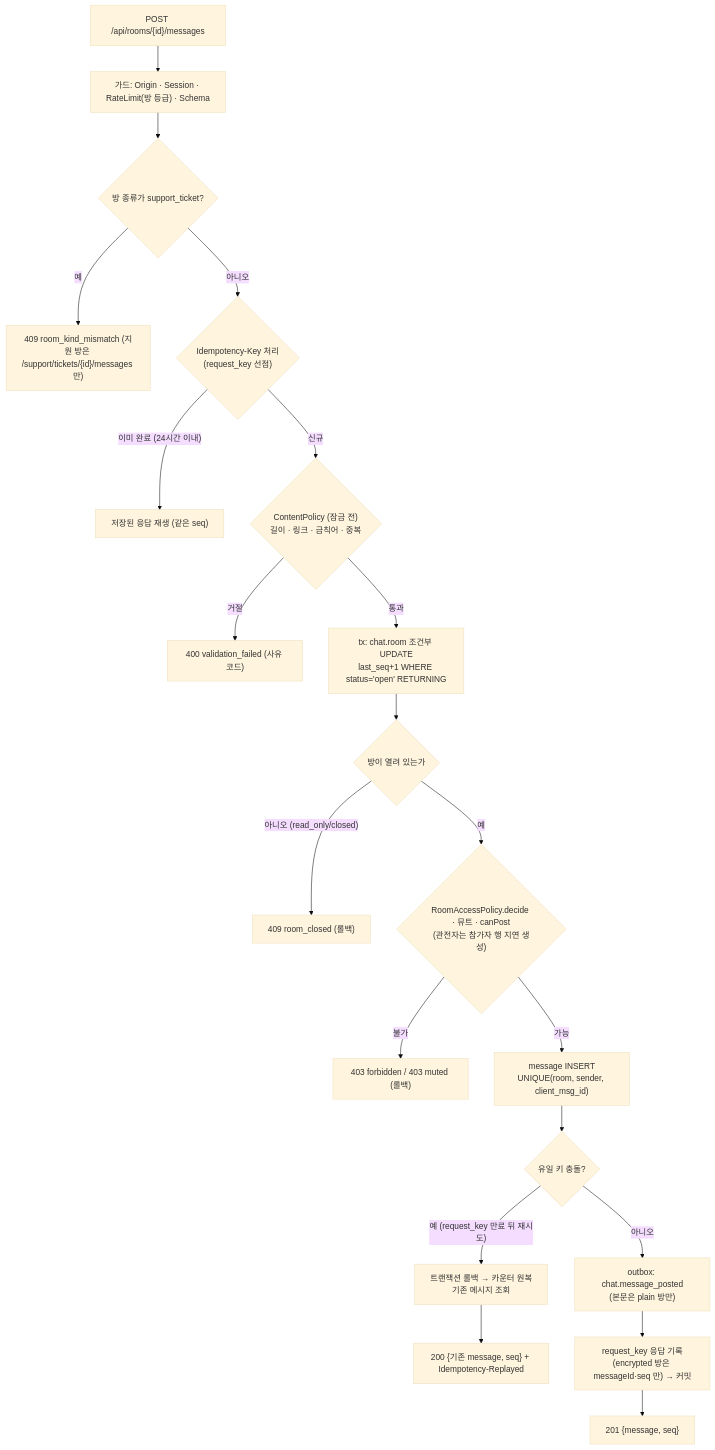
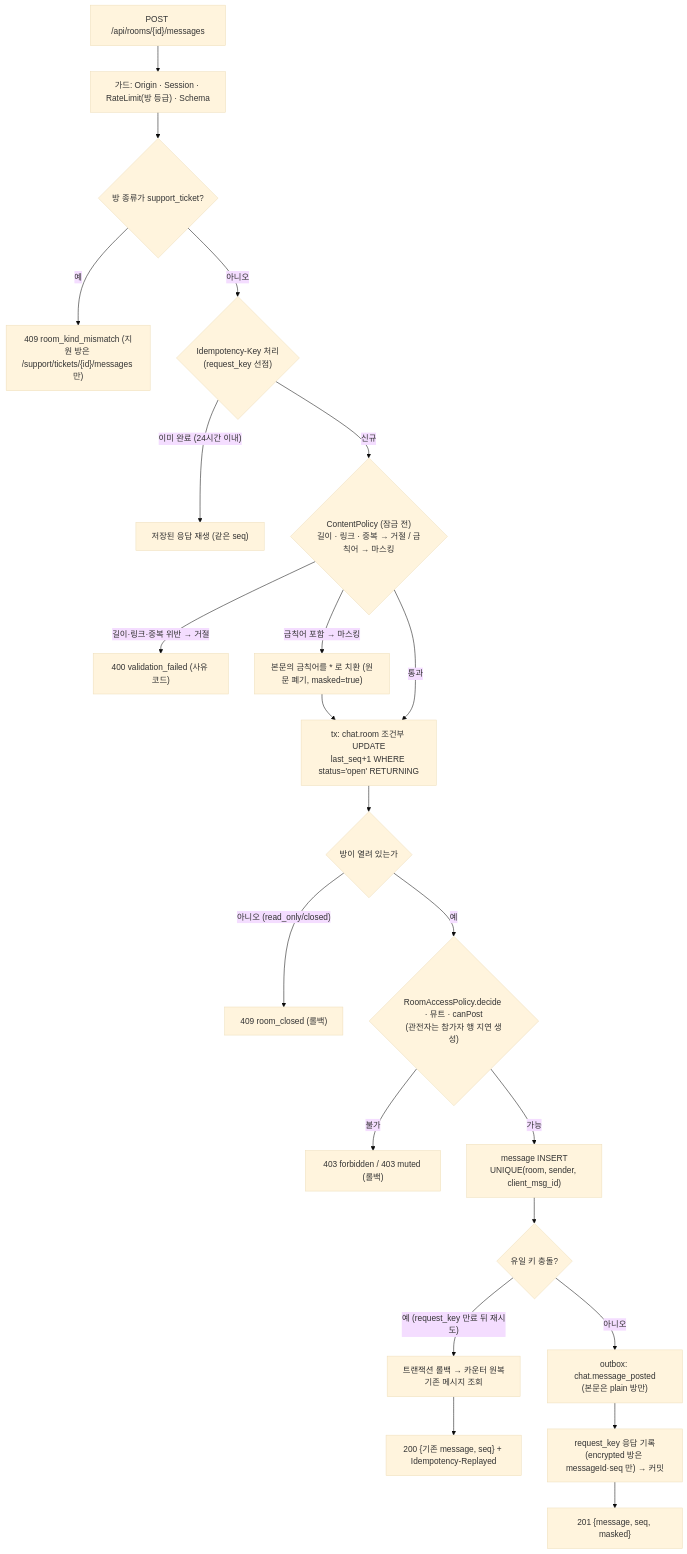
One commit to 1985jwlee/portpolio_backend changed the sixth of 14 diagrams in docs/design/phases/04-chat.md. Above: the diagram before and after it, drawn with Mermaid (base theme). The commit also changed other lines of this file and 32 other files, not shown here.

````diff
--- a/docs/design/phases/04-chat.md
+++ b/docs/design/phases/04-chat.md
@@ -324,22 +324,24 @@
 ```mermaid
 flowchart TD
     A["POST /api/rooms/{id}/messages"] --> G["가드: Origin · Session · RateLimit(방 등급) · Schema"]
     G --> W{"방 종류가 support_ticket?"}
     W -- "예" --> E0["409 room_kind_mismatch (지원 방은 /support/tickets/{id}/messages 만)"]
     W -- "아니오" --> K{"Idempotency-Key 처리<br/>(request_key 선점)"}
     K -- "이미 완료 (24시간 이내)" --> RP["저장된 응답 재생 (같은 seq)"]
-    K -- "신규" --> C{"ContentPolicy (잠금 전)<br/>길이 · 링크 · 금칙어 · 중복"}
-    C -- "거절" --> E3["400 validation_failed (사유 코드)"]
+    K -- "신규" --> C{"ContentPolicy (잠금 전)<br/>길이 · 링크 · 중복 → 거절 / 금칙어 → 마스킹"}
+    C -- "길이·링크·중복 위반 → 거절" --> E3["400 validation_failed (사유 코드)"]
+    C -- "금칙어 포함 → 마스킹" --> M["본문의 금칙어를 * 로 치환 (원문 폐기, masked=true)"]
+    M --> L
     C -- "통과" --> L["tx: chat.room 조건부 UPDATE<br/>last_seq+1 WHERE status='open' RETURNING"]
     L --> S{"방이 열려 있는가"}
     S -- "아니오 (read_only/closed)" --> E1["409 room_closed (롤백)"]
     S -- "예" --> P{"RoomAccessPolicy.decide · 뮤트 · canPost<br/>(관전자는 참가자 행 지연 생성)"}
     P -- "불가" --> E2["403 forbidden / 403 muted (롤백)"]
     P -- "가능" --> I["message INSERT<br/>UNIQUE(room, sender, client_msg_id)"]
     I --> D{"유일 키 충돌?"}
     D -- "예 (request_key 만료 뒤 재시도)" --> RB["트랜잭션 롤백 → 카운터 원복<br/>기존 메시지 조회"]
     RB --> RE["200 {기존 message, seq} + Idempotency-Replayed"]
     D -- "아니오" --> O["outbox: chat.message_posted<br/>(본문은 plain 방만)"]
     O --> R["request_key 응답 기록<br/>(encrypted 방은 messageId·seq 만) → 커밋"]
-    R --> OK["201 {message, seq}"]
+    R --> OK["201 {message, seq, masked}"]
 ```
````
